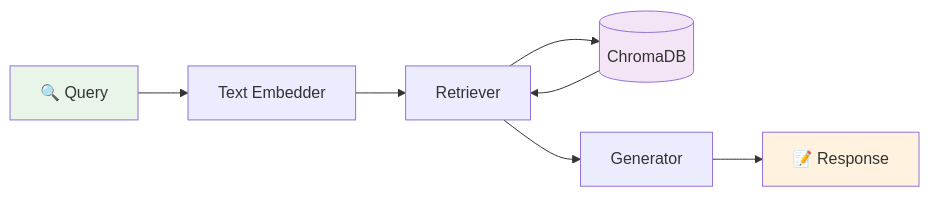
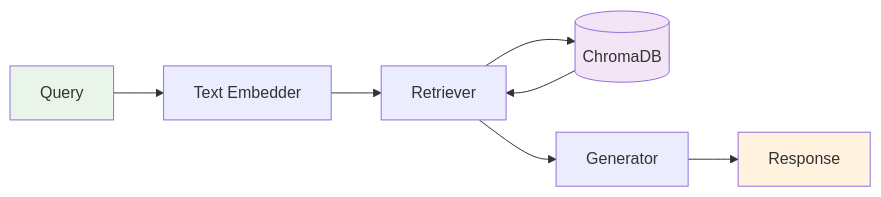
One commit to arkhai-io/agentic-rag-green changed the third of 4 diagrams in README.md. Above: the diagram before and after it, drawn with Mermaid. The commit also changed other lines of this file and 12 other files, not shown here.

````diff
--- a/README.md
+++ b/README.md
@@ -83,13 +83,13 @@
 ```mermaid
 flowchart LR
-    QUERY[🔍 Query] --> EMBED[Text Embedder]
+    QUERY[Query] --> EMBED[Text Embedder]
     EMBED --> RETR[Retriever]
     RETR --> DB[(ChromaDB)]
     DB --> RETR
     RETR --> GEN[Generator]
-    GEN --> RESP[📝 Response]
+    GEN --> RESP[Response]
 
     style QUERY fill:#e8f5e8
     style RESP fill:#fff3e0
     style DB fill:#f3e5f5
 ```
````
